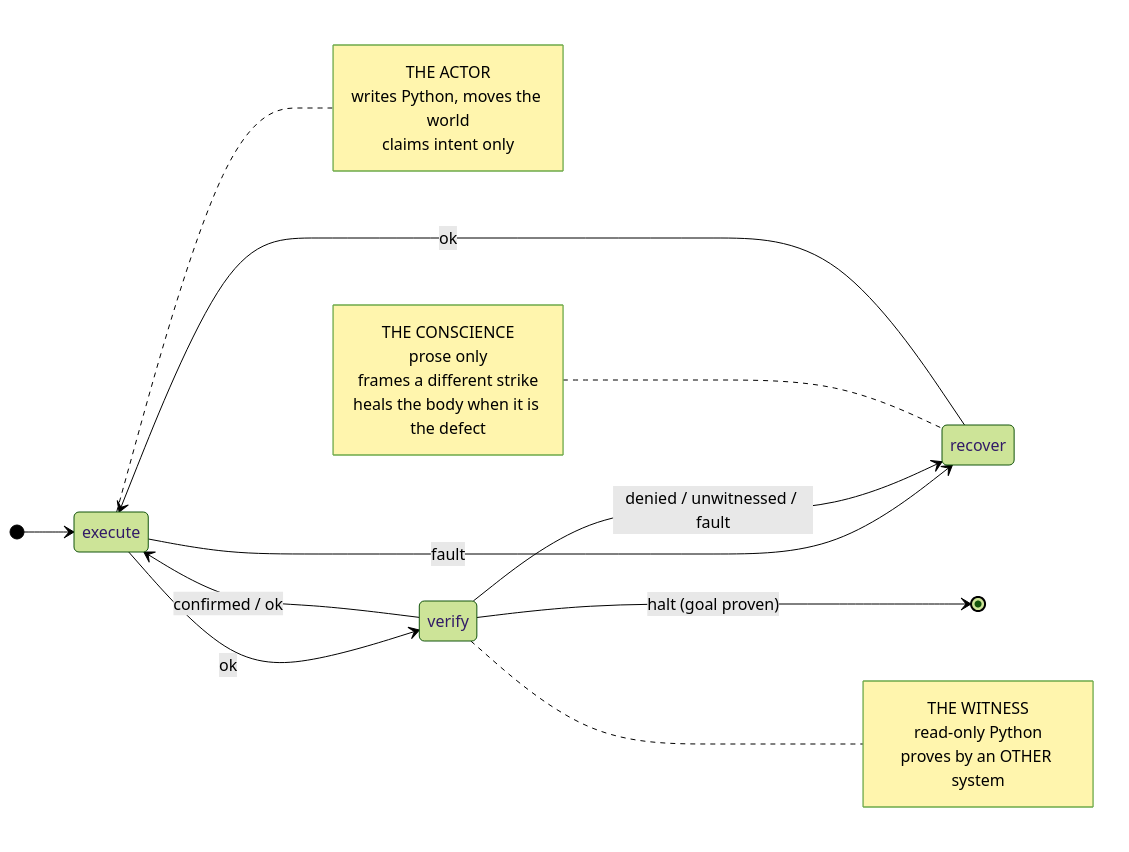
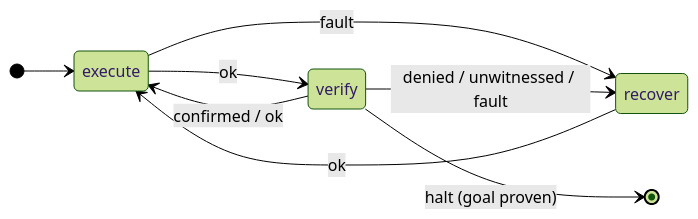
Before and after one commit to wgabrys88/endgame-ai: the fifth of 10 diagrams in README.md, drawn with Mermaid (forest theme). The commit also changed other lines of this file, not shown here.

````diff
--- a/README.md
+++ b/README.md
@@ -190,28 +180,11 @@
 ```mermaid
 stateDiagram-v2
     direction LR
     [*] --> execute
     execute --> verify: ok
     execute --> recover: fault
     verify --> execute: confirmed / ok
     verify --> recover: denied / unwitnessed / fault
     verify --> [*]: halt (goal proven)
     recover --> execute: ok
-
-    note right of execute
-        THE ACTOR
-        writes Python, moves the world
-        claims intent only
-    end note
-    note right of verify
-        THE WITNESS
-        read-only Python
-        proves by an OTHER system
-    end note
-    note left of recover
-        THE CONSCIENCE
-        prose only
-        frames a different strike
-        heals the body when it is the defect
-    end note
 ```
````
